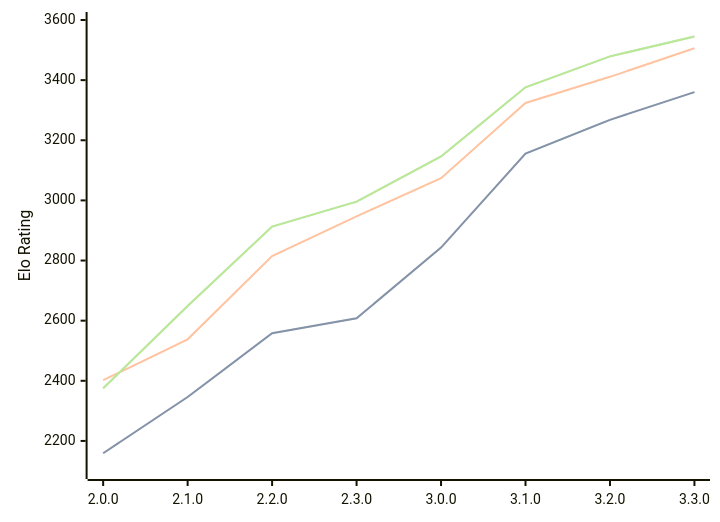
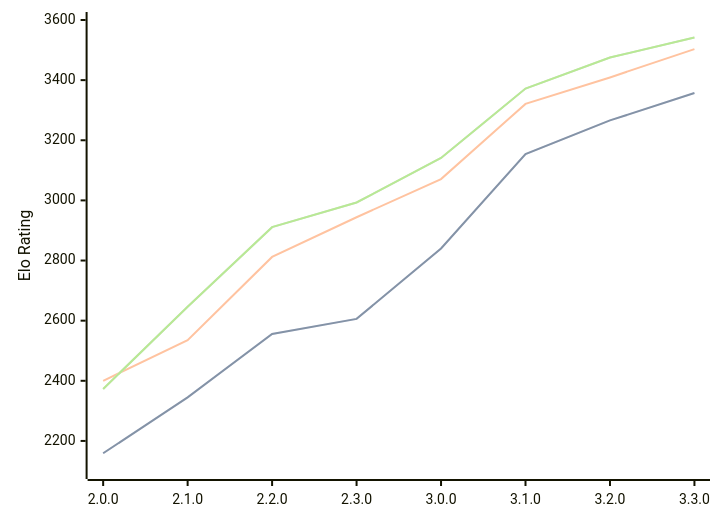
One commit to computer-chess-index/cci changed the diagram in engines/Raphael.md. Above: the diagram before and after it, drawn with Mermaid. The commit also changed other lines of this file, not shown here.

Commit message:
Update CCI Ratings (ELO VLTC) - 2026-04-23

````diff
--- a/engines/Raphael.md
+++ b/engines/Raphael.md
@@ -50,11 +50,11 @@
 ```mermaid
 %%{init: {"theme":"base","themeVariables":{"seriesColors:['#a3a3a3','#222221','#faa371']}}}%%
 xychart-beta
   x-axis ["2.0.0", "2.1.0", "2.2.0", "2.3.0", "3.0.0", "3.1.0", "3.2.0", "3.3.0"]
   y-axis "Elo Rating" 2100 --> 3600
-  line "STC (8.0+0.08s)" [2159, 2346, 2558, 2608, 2843, 3156, 3268, 3360]
-  line "STC (8.0+0.08s)" [2159, 2346, 2558, 2608, 2843, 3156, 3268, 3360]
-  line "LTC (60.0+0.60s)" [2402, 2538, 2815, 2947, 3074, 3324, 3411, 3506]
-  line "VLTC (2m24s+1.12s)" [2375, 2649, 2913, 2996, 3146, 3376, 3479, 3545]
-  line "VLTC (2m24s+1.12s)" [2375, 2649, 2913, 2996, 3146, 3376, 3479, 3545]
+  line "STC (8.0+0.08s)" [2159, 2345, 2556, 2606, 2840, 3154, 3266, 3357]
+  line "STC (8.0+0.08s)" [2159, 2345, 2556, 2606, 2840, 3154, 3266, 3357]
+  line "LTC (60.0+0.60s)" [2400, 2535, 2812, 2944, 3071, 3321, 3409, 3503]
+  line "VLTC (2m24s+1.12s)" [2373, 2646, 2911, 2993, 3141, 3372, 3475, 3542]
+  line "VLTC (2m24s+1.12s)" [2373, 2646, 2911, 2993, 3141, 3372, 3475, 3542]
 ```
````
